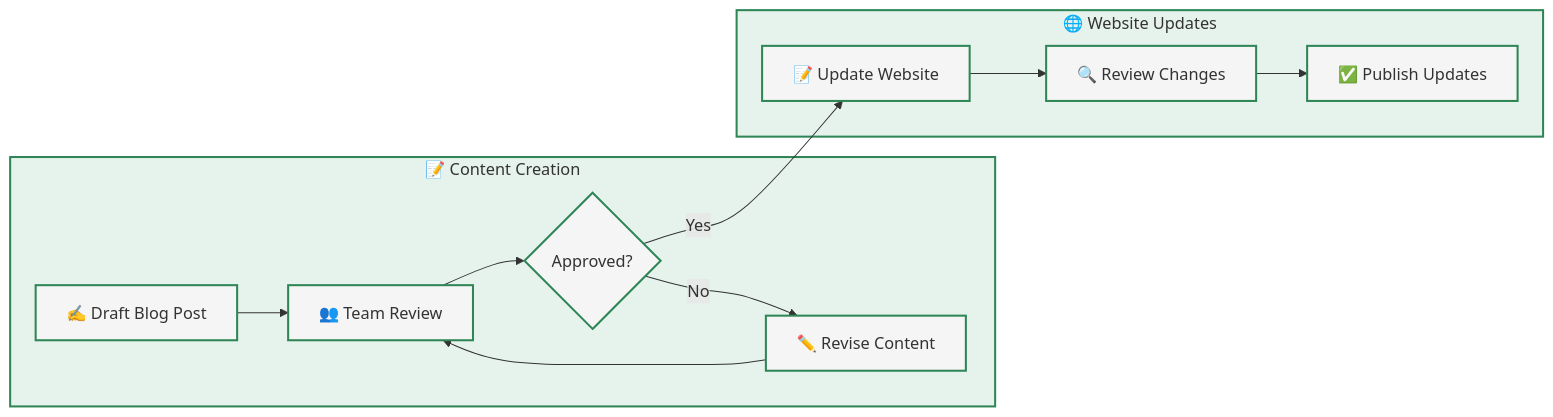
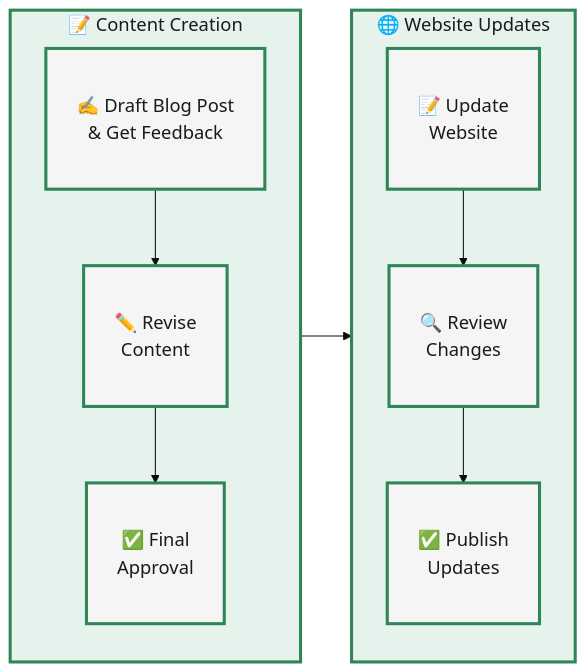
One commit to CBID2/VC-Community-Docs changed the second of 4 diagrams in docs/monthly-challenges/facilitators-docs/facilitate-a-challenge.md. Above: the diagram before and after it, drawn with Mermaid. The commit also changed other lines of this file and 2 other files, not shown here.

First line of the commit message:
docs: add enhanced Mermaid diagrams to documentation

````diff
--- a/docs/monthly-challenges/facilitators-docs/facilitate-a-challenge.md
+++ b/docs/monthly-challenges/facilitators-docs/facilitate-a-challenge.md
@@ -69,24 +76,29 @@
 ```mermaid
+%%{init: {'theme':'base', 'themeVariables': {'fontSize':'18px', 'fontFamily':'arial'}}}%%
 flowchart LR
   %% Left Column - Content Creation
-  subgraph A[📝 Content Creation]
-    A1[✍️ Draft Blog Post] --> A2[👥 Team Review]
-    A2 --> A3{Approved?}
-    A3 -- No --> A4[✏️ Revise Content]
-    A4 --> A2
+  subgraph A["📝 Content Creation"]
+    direction TB
+    A1["✍️ Draft Blog Post<br/>& Get Feedback"]
+    A2["✏️ Revise<br/>Content"]
+    A3["✅ Final<br/>Approval"]
+    A1 --> A2 --> A3
   end
 
   %% Right Column - Publication
-  subgraph B[🌐 Website Updates]
-    B1[📝 Update Website] --> B2[🔍 Review Changes]
-    B2 --> B3[✅ Publish Updates]
+  subgraph B["🌐 Website Updates"]
+    direction TB
+    B1["📝 Update<br/>Website"]
+    B2["🔍 Review<br/>Changes"]
+    B3["✅ Publish<br/>Updates"]
+    B1 --> B2 --> B3
   end
 
   %% Flow between columns
-  A3 -- Yes --> B1
+  A3 --> B1
 
   %% Styling
-  classDef default fill:#f5f5f5,stroke:#2e8555,stroke-width:2px,color:#333;
-  classDef process fill:#e6f3ed,stroke:#2e8555,stroke-width:2px,color:#333;
+  classDef default fill:#f5f5f5,stroke:#2e8555,stroke-width:3px,color:#1a1a1a,padding:15px;
+  classDef process fill:#e6f3ed,stroke:#2e8555,stroke-width:3px,color:#1a1a1a;
   class A,B process;
 ```
````
